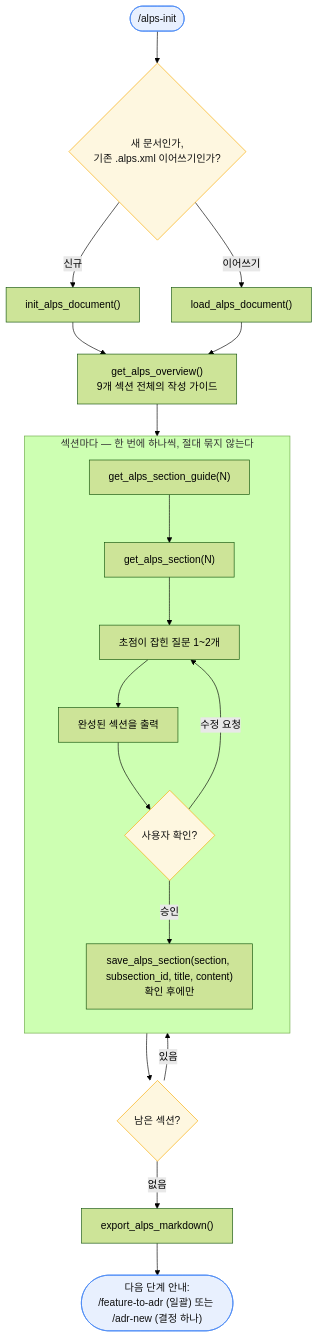
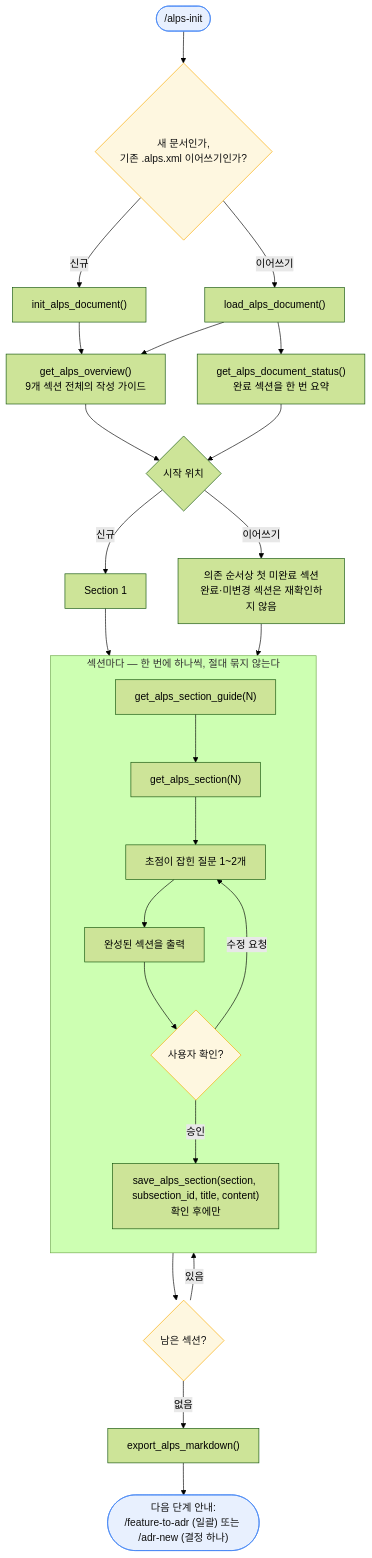
The second of 8 diagrams in docs/adr-process.md (haandol/alps-writer-mcp), drawn with Mermaid (forest theme) before and after one commit. The commit also changed other lines of this file and 35 other files, not shown here.

````diff
--- a/docs/adr-process.md
+++ b/docs/adr-process.md
@@ -111,29 +112,35 @@
 ```mermaid
 flowchart TD
     Start(["/alps-init"]) --> Q{"새 문서인가,<br/>기존 .alps.xml 이어쓰기인가?"}
     Q -->|신규| I["init_alps_document()"]
     Q -->|이어쓰기| L["load_alps_document()"]
     I --> Ov["get_alps_overview()<br/>9개 섹션 전체의 작성 가이드"]
     L --> Ov
-    Ov --> Loop
+    L --> Status["get_alps_document_status()<br/>완료 섹션을 한 번 요약"]
+    Ov --> StartAt{"시작 위치"}
+    Status --> StartAt
+    StartAt -->|"신규"| First["Section 1"]
+    StartAt -->|"이어쓰기"| Resume["의존 순서상 첫 미완료 섹션<br/>완료·미변경 섹션은 재확인하지 않음"]
+    First --> Loop
+    Resume --> Loop
 
     subgraph Loop["섹션마다 — 한 번에 하나씩, 절대 묶지 않는다"]
         direction TB
         G["get_alps_section_guide(N)"] --> T["get_alps_section(N)"]
         T --> Ask["초점이 잡힌 질문 1~2개"]
         Ask --> Show["완성된 섹션을 출력"]
         Show --> C{"사용자 확인?"}
         C -->|수정 요청| Ask
         C -->|승인| Save["save_alps_section(section, subsection_id, title, content)<br/>확인 후에만"]
     end
 
     Loop --> More{"남은 섹션?"}
     More -->|있음| Loop
     More -->|없음| Export["export_alps_markdown()"]
     Export --> Next(["다음 단계 안내:<br/>/feature-to-adr (일괄) 또는 /adr-new (결정 하나)"])
 
     classDef cmd fill:#e8f0fe,stroke:#4285f4,color:#111;
     classDef gate fill:#fef7e0,stroke:#f9ab00,color:#111;
     class Start,Next cmd;
     class C,Q,More gate;
 ```
````
